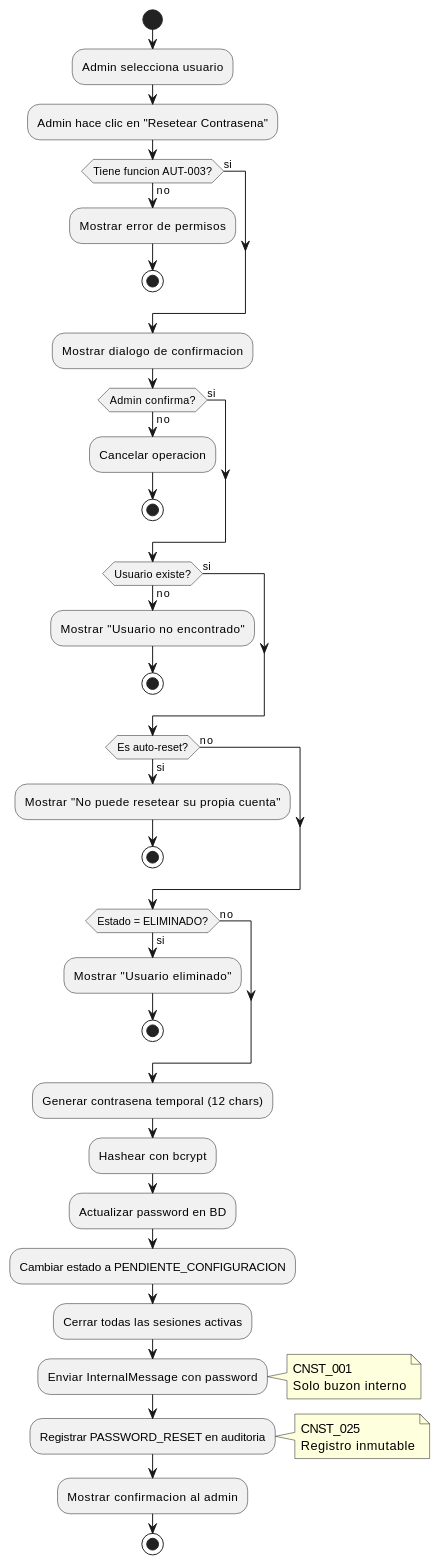
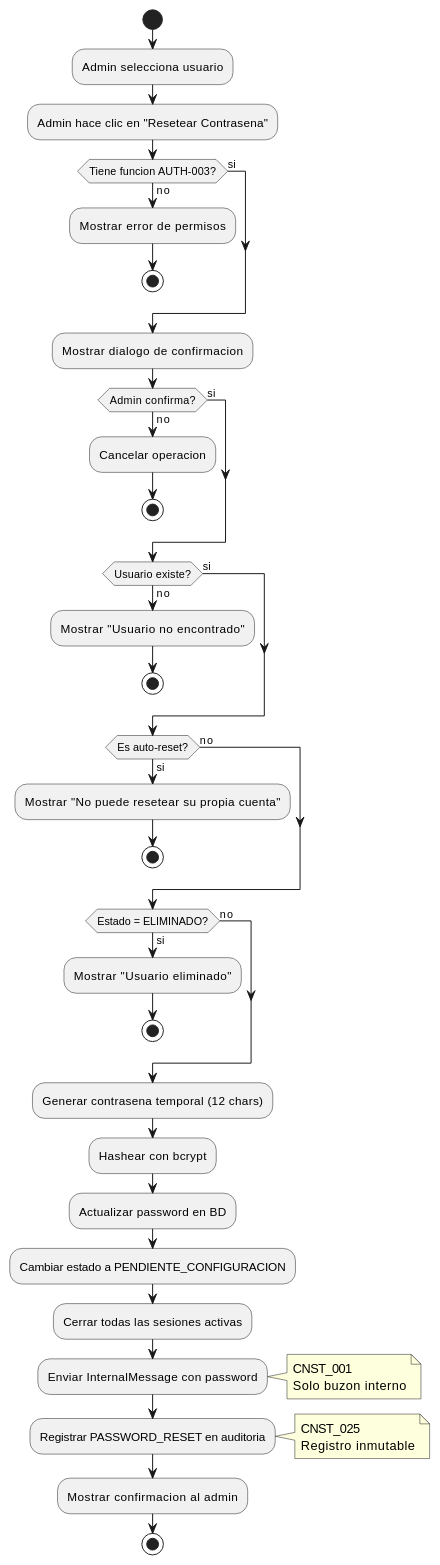
One commit to jcg-admin/IACT-docs changed the third of 3 diagrams in source/requisitos/casos-uso/auth/uc-auth-03-recuperar-contrasena.rst. Above: the diagram before and after it, drawn with PlantUML. The commit also changed other lines of this file and 8 other files, not shown here.

```diff
--- a/source/requisitos/casos-uso/auth/uc-auth-03-recuperar-contrasena.rst
+++ b/source/requisitos/casos-uso/auth/uc-auth-03-recuperar-contrasena.rst
@@ -448,70 +448,70 @@
 .. uml::
  :caption: Diagrama de Actividad - UC_AUTH_03
 
  @startuml
 
  start
 
  :Admin selecciona usuario;
 
  :Admin hace clic en "Resetear Contrasena";
 
- if (Tiene funcion AUT-003?) then (no)
+ if (Tiene funcion AUTH-003?) then (no)
  :Mostrar error de permisos;
  stop
  else (si)
  endif
 
  :Mostrar dialogo de confirmacion;
 
  if (Admin confirma?) then (no)
  :Cancelar operacion;
  stop
  else (si)
  endif
 
  if (Usuario existe?) then (no)
  :Mostrar "Usuario no encontrado";
  stop
  else (si)
  endif
 
  if (Es auto-reset?) then (si)
  :Mostrar "No puede resetear su propia cuenta";
  stop
  else (no)
  endif
 
  if (Estado = ELIMINADO?) then (si)
  :Mostrar "Usuario eliminado";
  stop
  else (no)
  endif
 
  :Generar contrasena temporal (12 chars);
 
  :Hashear con bcrypt;
 
  :Actualizar password en BD;
 
  :Cambiar estado a PENDIENTE_CONFIGURACION;
 
  :Cerrar todas las sesiones activas;
 
  :Enviar InternalMessage con password;
  note right
  CNST_001
  Solo buzon interno
  end note
 
  :Registrar PASSWORD_RESET en auditoria;
  note right
  CNST_025
  Registro inmutable
  end note
 
  :Mostrar confirmacion al admin;
 
  stop
 
  @enduml
```
